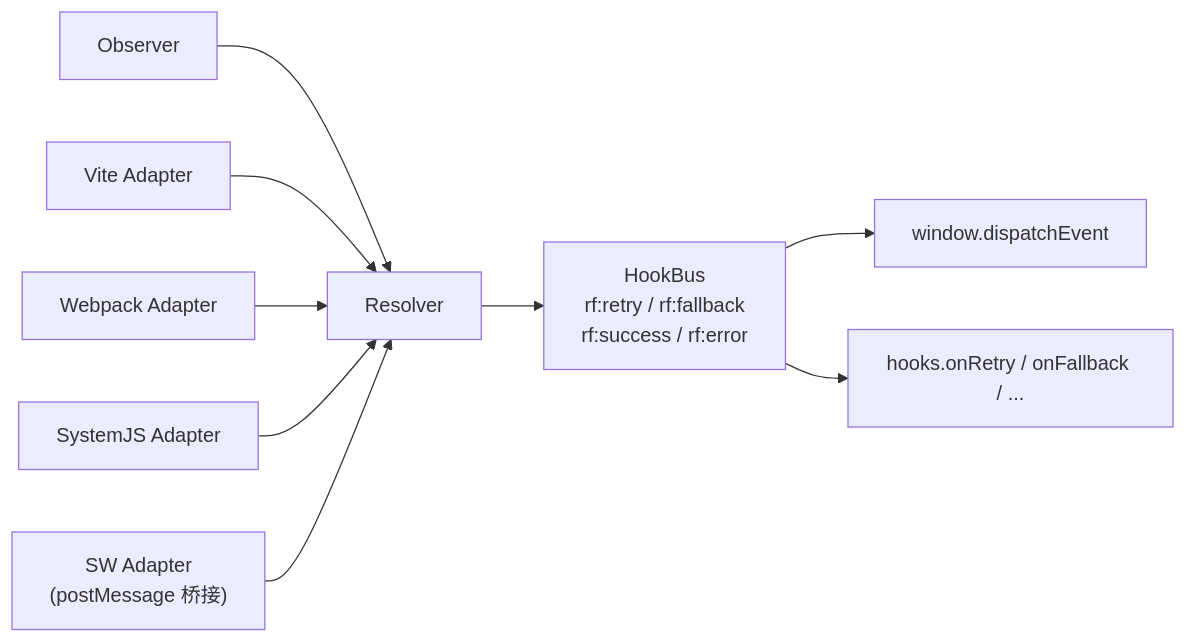
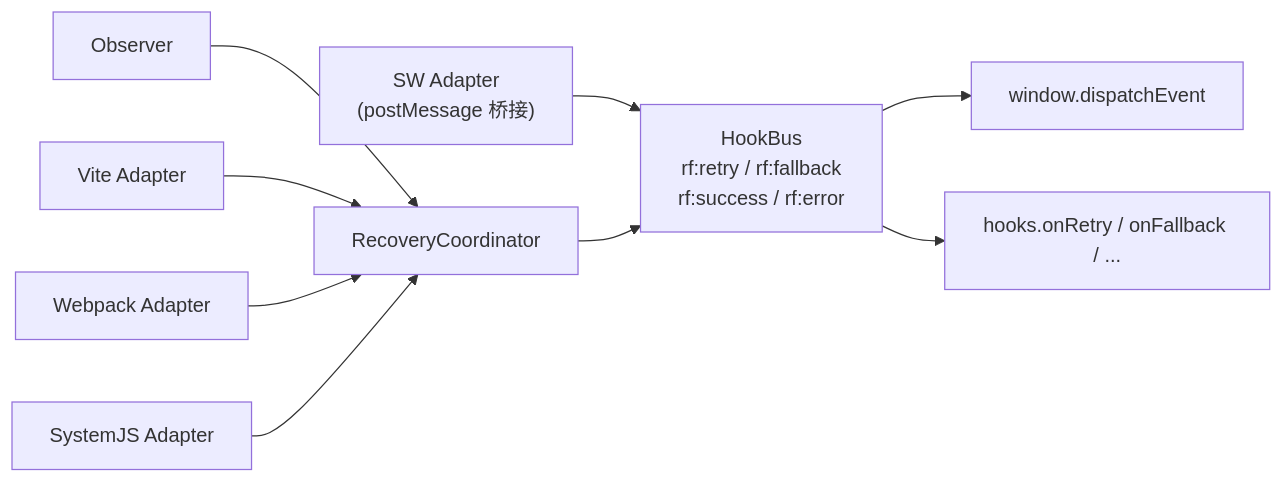
Before and after one commit to ben-lau/resource-fallback: the diagram in docs/guide/runtime-events.md, drawn with Mermaid. The commit also changed other lines of this file and 9 other files, not shown here.

````diff
--- a/docs/guide/runtime-events.md
+++ b/docs/guide/runtime-events.md
@@ -101,11 +105,11 @@
 ```mermaid
 flowchart LR
-  OBS["Observer"] --> RES["Resolver"]
-  VA["Vite Adapter"] --> RES
-  WA["Webpack Adapter"] --> RES
-  SA["SystemJS Adapter"] --> RES
-  SWA["SW Adapter<br/>(postMessage 桥接)"] --> RES
-  RES --> HB["HookBus<br/>rf:retry / rf:fallback<br/>rf:success / rf:error"]
+  OBS["Observer"] --> RC["RecoveryCoordinator"]
+  VA["Vite Adapter"] --> RC
+  WA["Webpack Adapter"] --> RC
+  SA["SystemJS Adapter"] --> RC
+  SWA["SW Adapter<br/>(postMessage 桥接)"] --> HB["HookBus<br/>rf:retry / rf:fallback<br/>rf:success / rf:error"]
+  RC --> HB
   HB --> DOM["window.dispatchEvent"]
   HB --> HOOKS["hooks.onRetry / onFallback / ..."]
 ```
````
